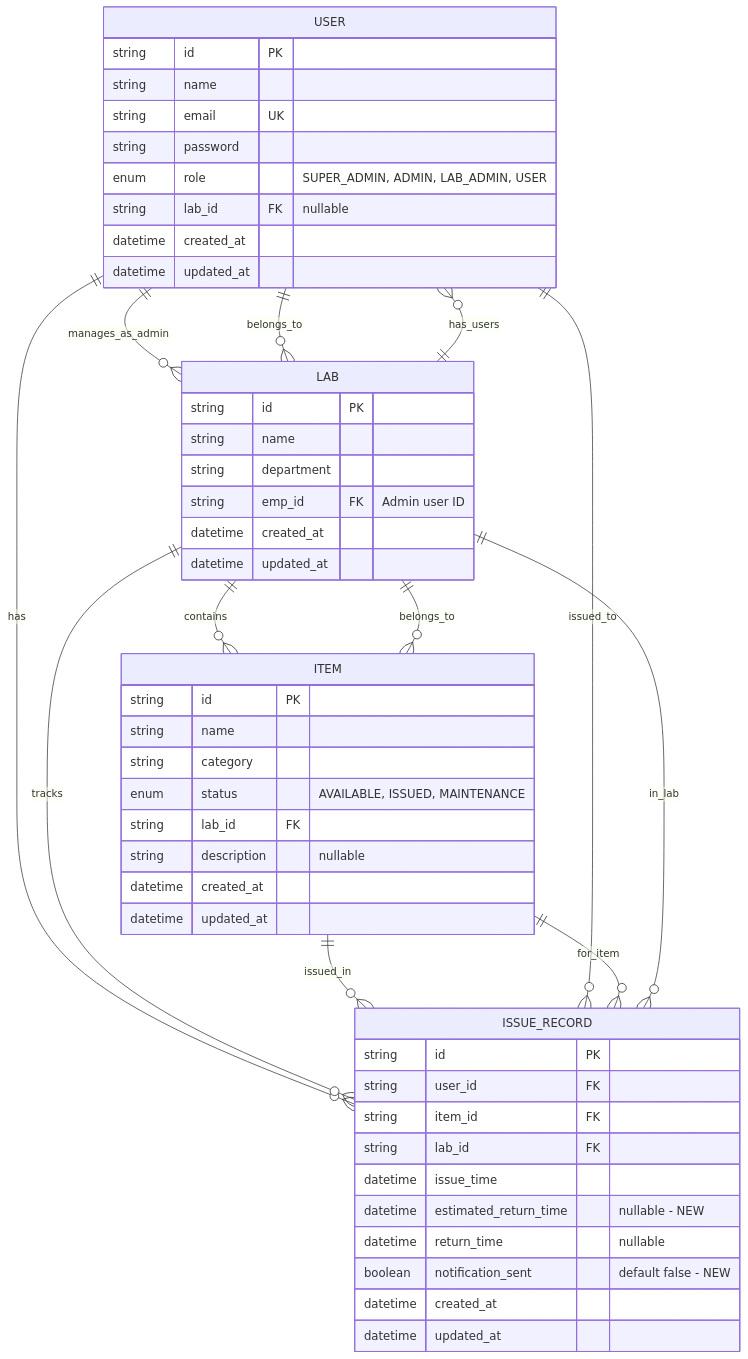
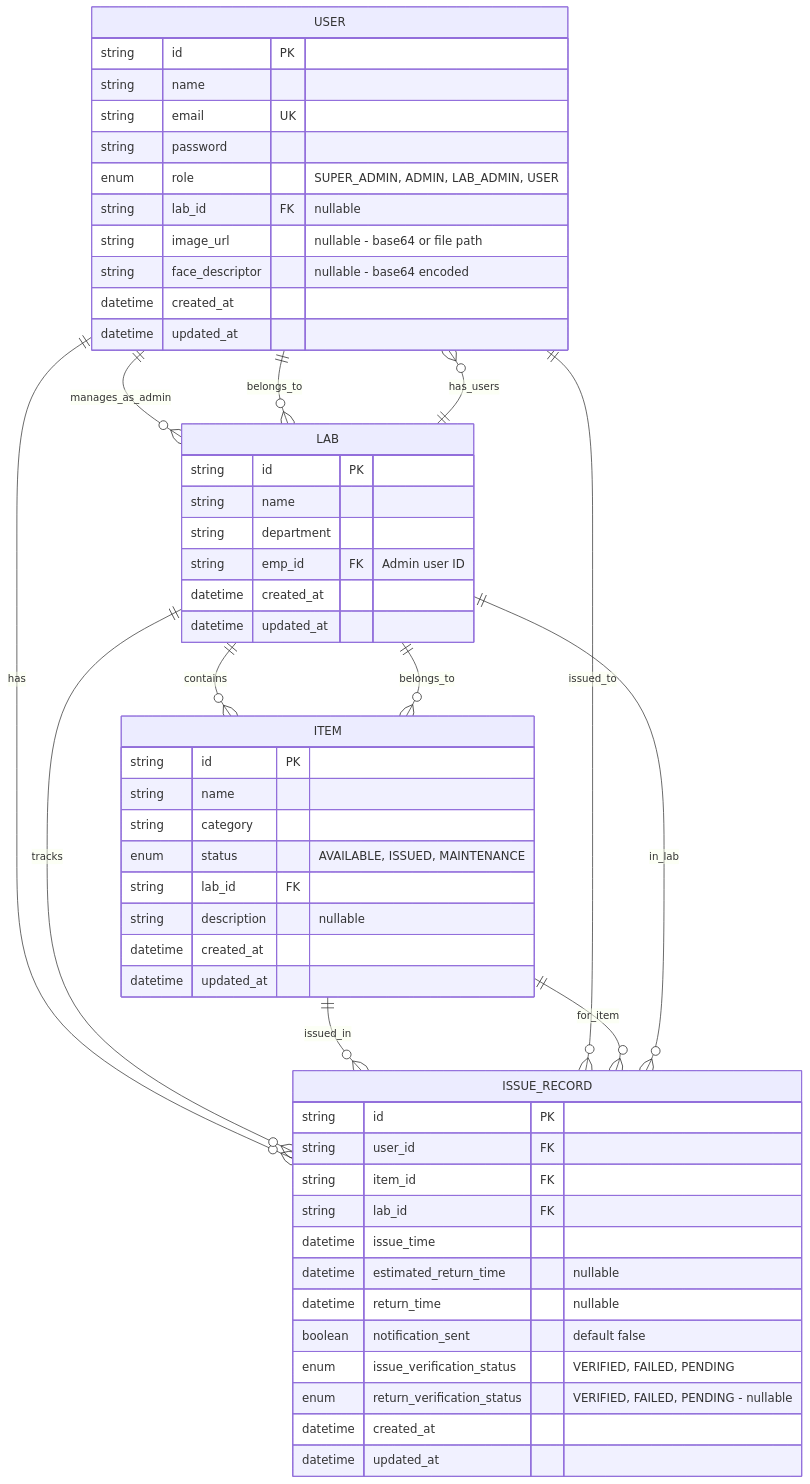
The sixth of 18 diagrams in docs/DIAGRAMS.md (bejoy-jbt/Laboratory-Items-Issue-Management-System-), drawn with Mermaid before and after one commit. The commit also changed other lines of this file and 65 other files, not shown here.

````diff
--- a/docs/DIAGRAMS.md
+++ b/docs/DIAGRAMS.md
@@ -275,61 +304,65 @@
 ```mermaid
 erDiagram
     USER ||--o{ LAB : "manages_as_admin"
     USER ||--o{ LAB : "belongs_to"
     USER ||--o{ ISSUE_RECORD : "has"
     
     LAB ||--o{ USER : "has_users"
     LAB ||--o{ ITEM : "contains"
     LAB ||--o{ ISSUE_RECORD : "tracks"
     
     ITEM ||--o{ ISSUE_RECORD : "issued_in"
     ITEM }o--|| LAB : "belongs_to"
     
     ISSUE_RECORD }o--|| USER : "issued_to"
     ISSUE_RECORD }o--|| ITEM : "for_item"
     ISSUE_RECORD }o--|| LAB : "in_lab"
     
     USER {
         string id PK
         string name
         string email UK
         string password
         enum role "SUPER_ADMIN, ADMIN, LAB_ADMIN, USER"
         string lab_id FK "nullable"
+        string image_url "nullable - base64 or file path"
+        string face_descriptor "nullable - base64 encoded"
         datetime created_at
         datetime updated_at
     }
     
     LAB {
         string id PK
         string name
         string department
         string emp_id FK "Admin user ID"
         datetime created_at
         datetime updated_at
     }
     
     ITEM {
         string id PK
         string name
         string category
         enum status "AVAILABLE, ISSUED, MAINTENANCE"
         string lab_id FK
         string description "nullable"
         datetime created_at
         datetime updated_at
     }
     
     ISSUE_RECORD {
         string id PK
         string user_id FK
         string item_id FK
         string lab_id FK
         datetime issue_time
-        datetime estimated_return_time "nullable - NEW"
+        datetime estimated_return_time "nullable"
         datetime return_time "nullable"
-        boolean notification_sent "default false - NEW"
+        boolean notification_sent "default false"
+        enum issue_verification_status "VERIFIED, FAILED, PENDING"
+        enum return_verification_status "VERIFIED, FAILED, PENDING - nullable"
         datetime created_at
         datetime updated_at
     }
 ```
````
